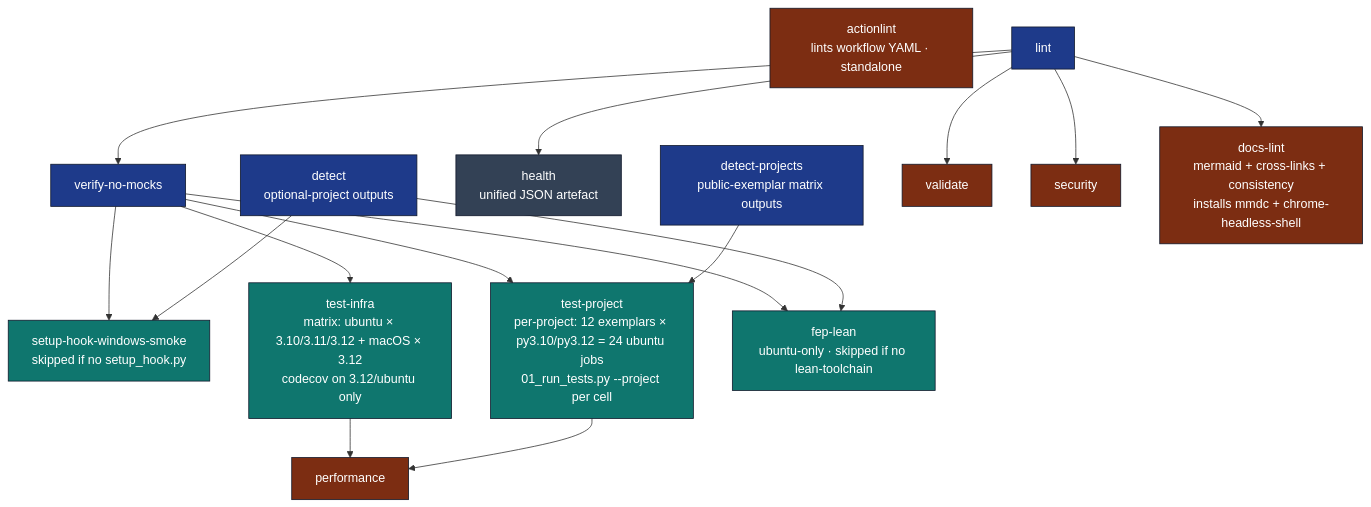
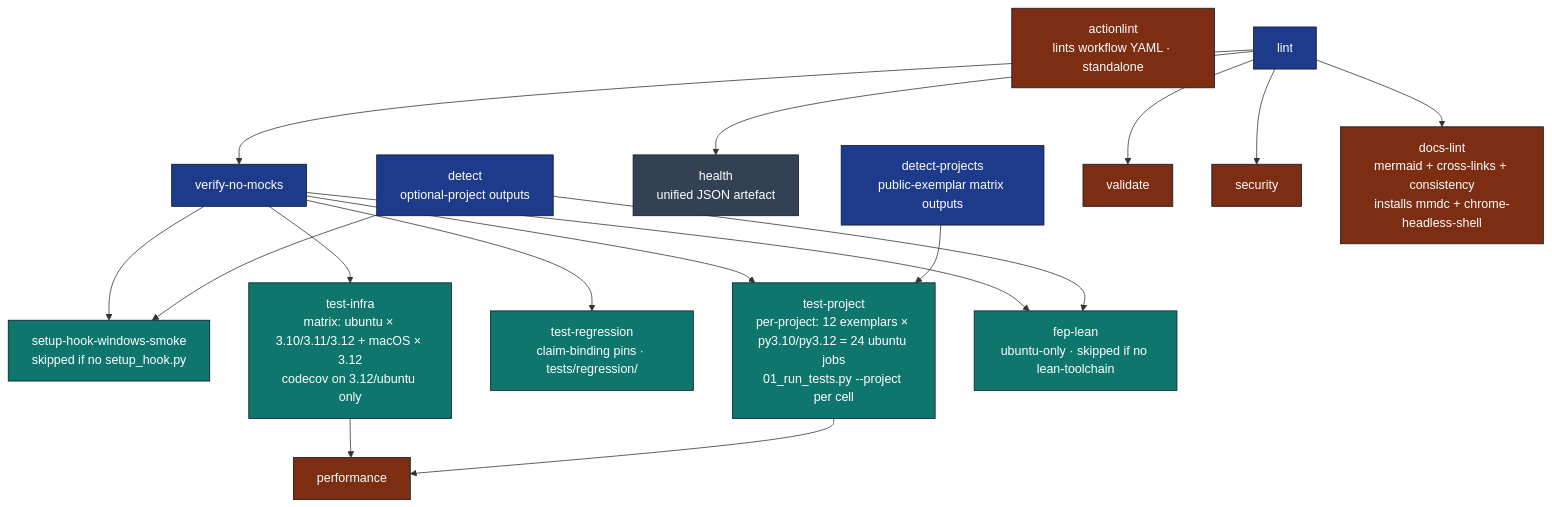
One commit to docxology/template changed the second of 2 diagrams in .github/workflows/AGENTS.md. Above: the diagram before and after it, drawn with Mermaid. The commit also changed other lines of this file and 129 other files, not shown here.

````diff
--- a/.github/workflows/AGENTS.md
+++ b/.github/workflows/AGENTS.md
@@ -44,29 +44,30 @@
 ```mermaid
 flowchart TB
     DET[detect<br/>optional-project outputs]
     DETP[detect-projects<br/>public-exemplar matrix outputs]
     ACTLINT[actionlint<br/>lints workflow YAML · standalone]
     LINT[lint] --> HEALTH[health<br/>unified JSON artefact]
     LINT --> VNM[verify-no-mocks]
     LINT --> VAL[validate]
     LINT --> SEC[security]
     LINT --> DL[docs-lint<br/>mermaid + cross-links + consistency<br/>installs mmdc + chrome-headless-shell]
     VNM --> SHW[setup-hook-windows-smoke<br/>skipped if no setup_hook.py]
     VNM --> TI[test-infra<br/>matrix: ubuntu × 3.10/3.11/3.12 + macOS × 3.12<br/>codecov on 3.12/ubuntu only]
+    VNM --> TR[test-regression<br/>claim-binding pins · tests/regression/]
     VNM --> TP[test-project<br/>per-project: 12 exemplars × py3.10/py3.12 = 24 ubuntu jobs<br/>01_run_tests.py --project per cell]
     VNM --> FL[fep-lean<br/>ubuntu-only · skipped if no lean-toolchain]
     DET --> SHW
     DET --> FL
     DETP --> TP
     TI --> PERF[performance]
     TP --> PERF
 
     classDef gate fill:#1e3a8a,stroke:#0f172a,color:#fff
     classDef matrix fill:#0f766e,stroke:#0f172a,color:#fff
     classDef terminal fill:#7c2d12,stroke:#0f172a,color:#fff
     classDef info fill:#334155,stroke:#0f172a,color:#fff
     class DET,DETP,LINT,VNM gate
-    class TI,TP,FL,SHW matrix
+    class TI,TR,TP,FL,SHW matrix
     class VAL,SEC,DL,PERF,ACTLINT terminal
     class HEALTH info
 ```
````
